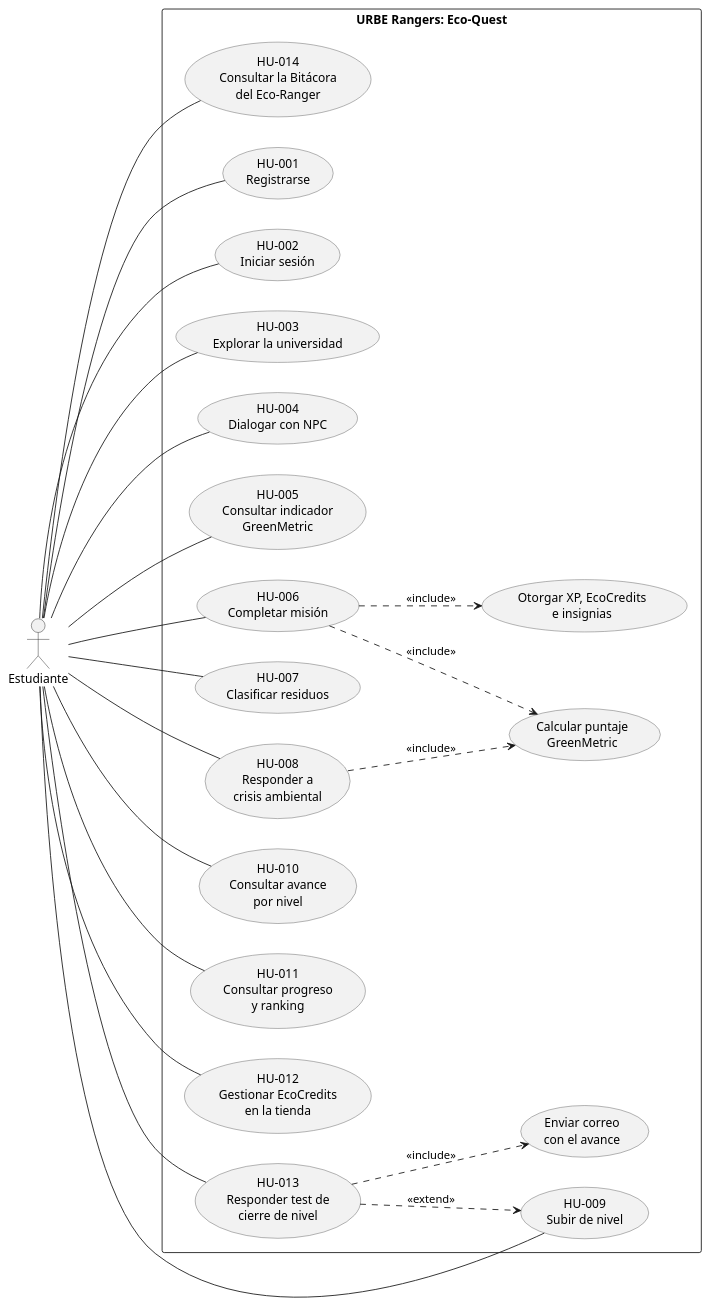
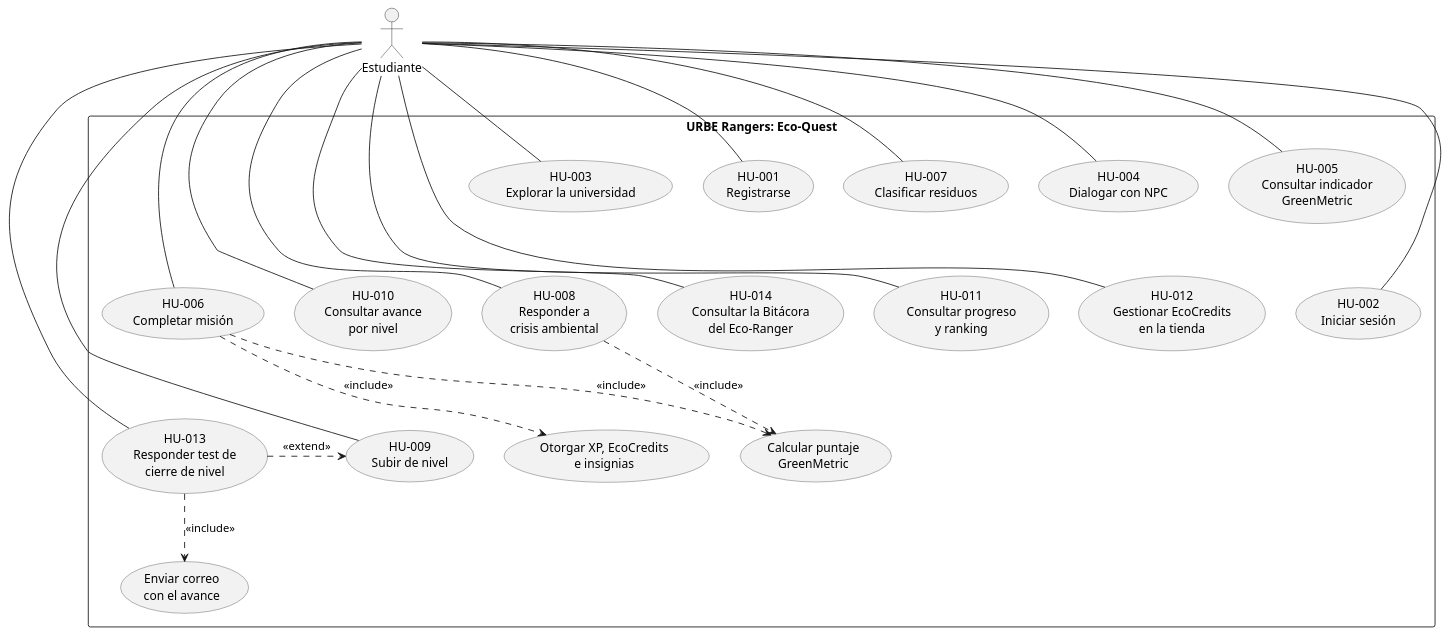
One commit to Ereyes05/green-metric-urbe changed the diagram in docs/diagrama_casos_uso.puml. Above: the diagram before and after it, drawn with PlantUML. The commit also changed other lines of this file, not shown here.

Commit message:
docs: casos de uso apaisados (2 filas de 7 con enlaces invisibles)

```diff
--- a/docs/diagrama_casos_uso.puml
+++ b/docs/diagrama_casos_uso.puml
@@ -10,56 +12,63 @@
 @startuml
-left to right direction
 skinparam usecase {
   BackgroundColor #F2F2F2
   BorderColor #555555
 }
 
 actor Estudiante
 
 rectangle "URBE Rangers: Eco-Quest" {
   usecase "HU-001\nRegistrarse" as HU1
   usecase "HU-002\nIniciar sesión" as HU2
   usecase "HU-003\nExplorar la universidad" as HU3
   usecase "HU-004\nDialogar con NPC" as HU4
   usecase "HU-005\nConsultar indicador\nGreenMetric" as HU5
   usecase "HU-006\nCompletar misión" as HU6
   usecase "HU-007\nClasificar residuos" as HU7
 
   usecase "HU-008\nResponder a\ncrisis ambiental" as HU8
   usecase "HU-009\nSubir de nivel" as HU9
   usecase "HU-010\nConsultar avance\npor nivel" as HU10
   usecase "HU-011\nConsultar progreso\ny ranking" as HU11
   usecase "HU-012\nGestionar EcoCredits\nen la tienda" as HU12
   usecase "HU-013\nResponder test de\ncierre de nivel" as HU13
   usecase "HU-014\nConsultar la Bitácora\ndel Eco-Ranger" as HU14
 
   usecase "Calcular puntaje\nGreenMetric" as S1
   usecase "Otorgar XP, EcoCredits\ne insignias" as S2
   usecase "Enviar correo\ncon el avance" as S5
 }
 
-' Primera columna
+' Primera fila
 Estudiante -- HU1
 Estudiante -- HU2
 Estudiante -- HU3
 Estudiante -- HU4
 Estudiante -- HU5
 Estudiante -- HU6
 Estudiante -- HU7
 
-' Segunda columna
-Estudiante --- HU8
-Estudiante --- HU9
-Estudiante --- HU10
-Estudiante --- HU11
-Estudiante --- HU12
-Estudiante --- HU13
-Estudiante --- HU14
+' Segunda fila: cada caso cuelga, invisible, del de arriba
+Estudiante -- HU8
+Estudiante -- HU9
+Estudiante -- HU10
+Estudiante -- HU11
+Estudiante -- HU12
+Estudiante -- HU13
+Estudiante -- HU14
+HU1 -[hidden]-> HU8
+HU2 -[hidden]-> HU9
+HU3 -[hidden]-> HU10
+HU4 -[hidden]-> HU11
+HU5 -[hidden]-> HU12
+HU6 -[hidden]-> HU13
+HU7 -[hidden]-> HU14
 
-' Lo que hace el sistema dentro de cada historia
+' Tercera fila: lo que hace el sistema dentro de cada historia
+HU10 -[hidden]-> S2
 HU6 ..> S1 : <<include>>
 HU6 ..> S2 : <<include>>
 HU8 ..> S1 : <<include>>
 HU13 ..> S5 : <<include>>
-HU13 ..> HU9 : <<extend>>
+HU13 .> HU9 : <<extend>>
 @enduml
```
